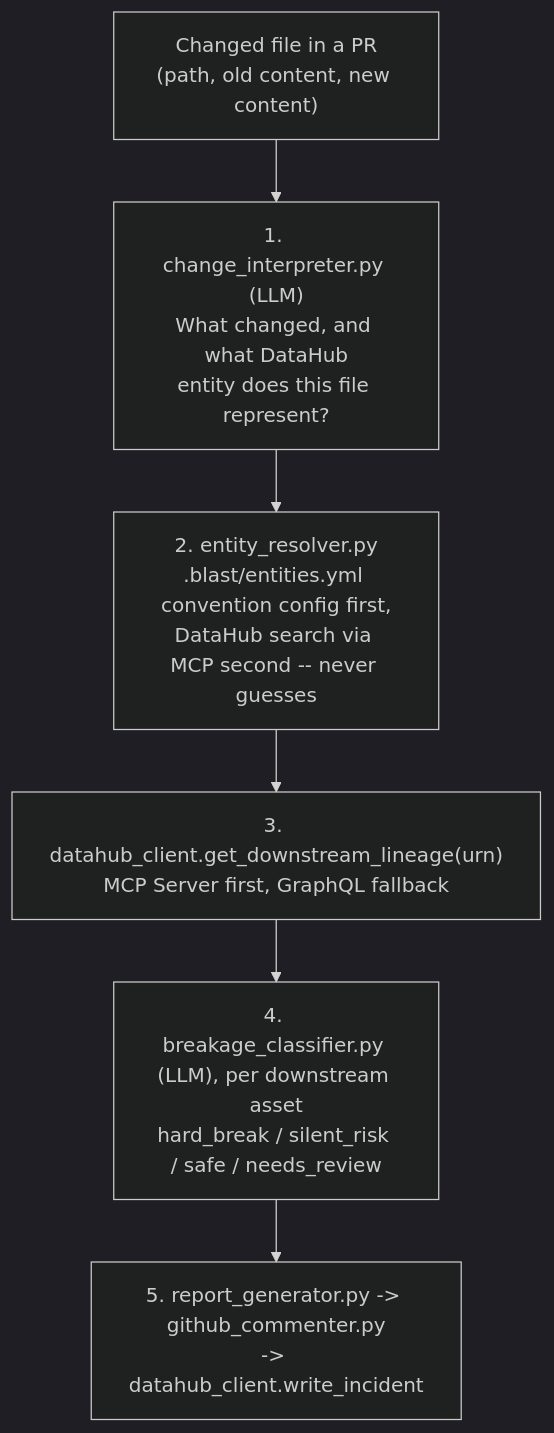
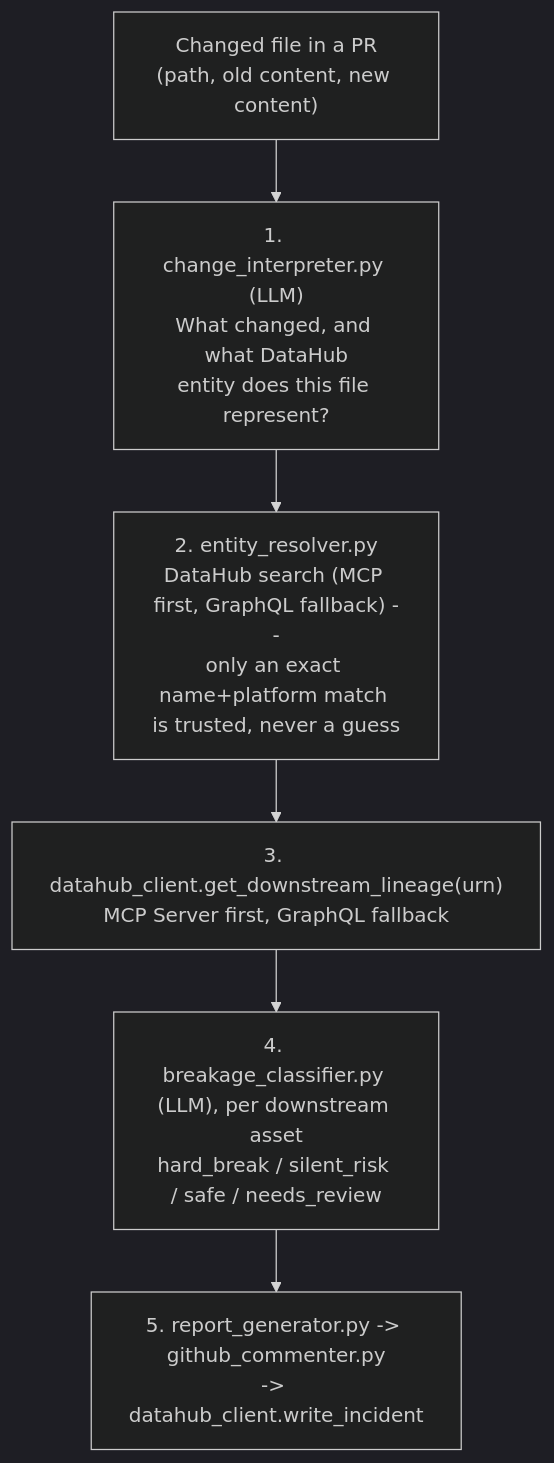
Before and after one commit to Pragadhesh/Blast: the first of 2 diagrams in docs/architecture.md, drawn with Mermaid (dark theme). The commit also changed other lines of this file and 4 other files, not shown here.

First line of the commit message:
Resolve entities via DataHub search only, drop per-repo convention config

````diff
--- a/docs/architecture.md
+++ b/docs/architecture.md
@@ -36,9 +36,9 @@
 ```mermaid
 flowchart TD
     A["Changed file in a PR\n(path, old content, new content)"] --> B
     B["1. change_interpreter.py (LLM)\nWhat changed, and what DataHub\nentity does this file represent?"] --> C
-    C["2. entity_resolver.py\n.blast/entities.yml convention config first,\nDataHub search via MCP second -- never guesses"] --> D
+    C["2. entity_resolver.py\nDataHub search (MCP first, GraphQL fallback) --\nonly an exact name+platform match is trusted, never a guess"] --> D
     D["3. datahub_client.get_downstream_lineage(urn)\nMCP Server first, GraphQL fallback"] --> E
     E["4. breakage_classifier.py (LLM), per downstream asset\nhard_break / silent_risk / safe / needs_review"] --> F
     F["5. report_generator.py -> github_commenter.py\n-> datahub_client.write_incident"]
 ```
````
